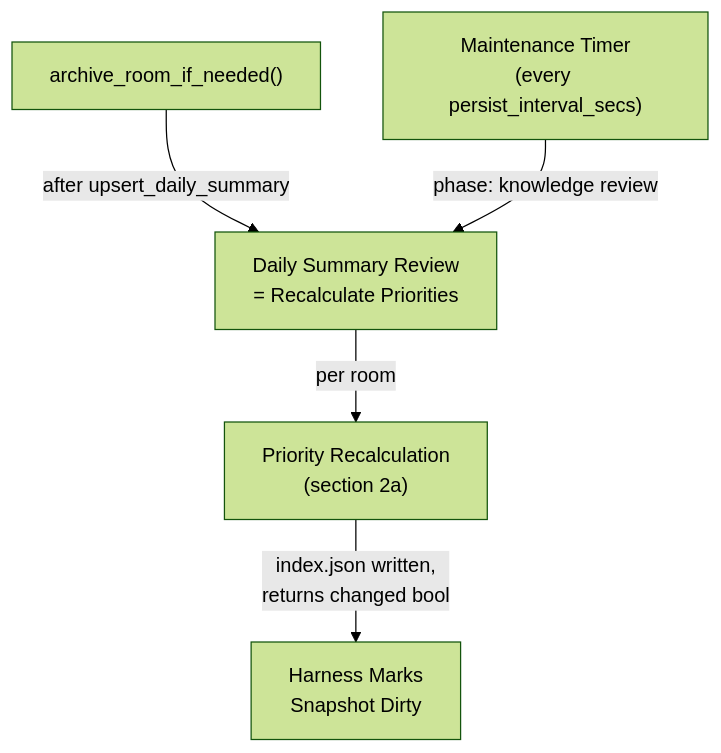
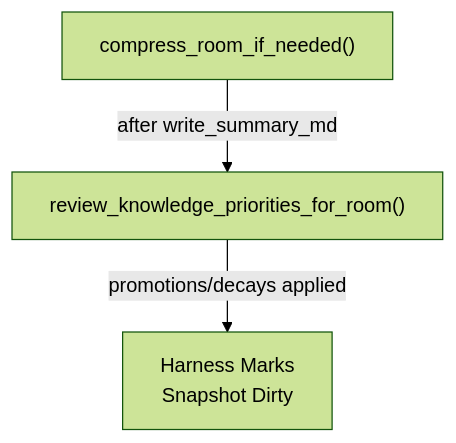
One commit to cosmoswafer/rockbot changed the fourth of 5 diagrams in _dfds/base/knowledge-priority.md. Above: the diagram before and after it, drawn with Mermaid (forest theme). The commit also changed other lines of this file and 5 other files, not shown here.

First line of the commit message:
Revise DFDs: replace daily summaries with single summary.md compression

````diff
--- a/_dfds/base/knowledge-priority.md
+++ b/_dfds/base/knowledge-priority.md
@@ -180,13 +162,9 @@
 ```mermaid
 flowchart TD
-    ARCHIVE["archive_room_if_needed()"]
-    TIMER["Maintenance Timer<br/>(every persist_interval_secs)"]
-    REVIEW["Daily Summary Review<br/>= Recalculate Priorities"]
-    RECALC["Priority Recalculation<br/>(section 2a)"]
+    COMPRESS["compress_room_if_needed()"]
+    REVIEW["review_knowledge_priorities_for_room()"]
     MARK["Harness Marks<br/>Snapshot Dirty"]
 
-    ARCHIVE -->|"after upsert_daily_summary"| REVIEW
-    TIMER -->|"phase: knowledge review"| REVIEW
-    REVIEW -->|"per room"| RECALC
-    RECALC -->|"index.json written,<br/>returns changed bool"| MARK
+    COMPRESS -->|"after write_summary_md"| REVIEW
+    REVIEW -->|"promotions/decays applied"| MARK
 ```
````
